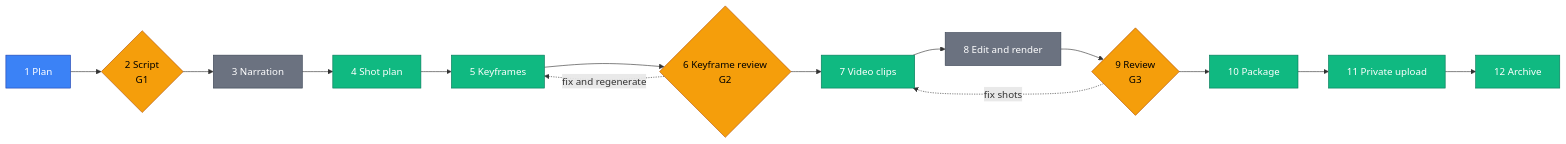
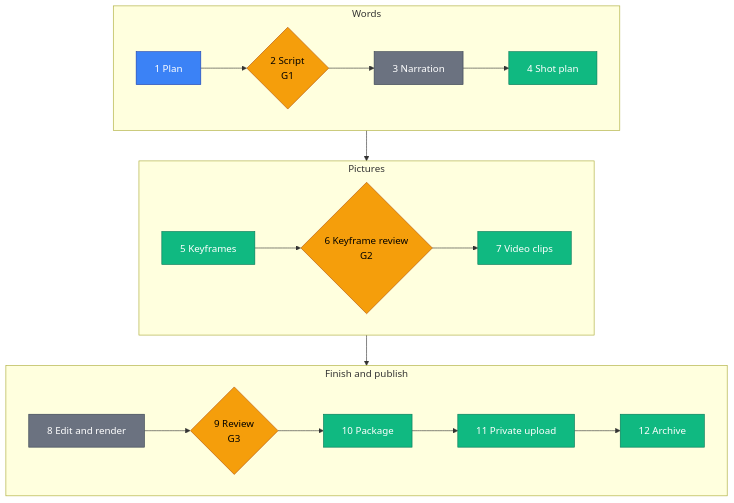
Before and after one commit to ghddudxor12/long-memory-studio-public: the third of 7 diagrams in README.md, drawn with Mermaid. The commit also changed other lines of this file, not shown here.

Commit message:
README: twelve-step diagram in three rows

````diff
--- a/README.md
+++ b/README.md
@@ -86,20 +86,20 @@
 ```mermaid
-flowchart LR
-  P1["1 Plan"]:::you --> P2{"2 Script<br/>G1"}:::gate
-  P2 --> P3["3 Narration"]:::worker
-  P3 --> P4["4 Shot plan"]:::agent
-  P4 --> P5["5 Keyframes"]:::agent
-  P5 --> P6{"6 Keyframe review<br/>G2"}:::gate
-  P6 --> P7["7 Video clips"]:::agent
-  P7 --> P8["8 Edit and render"]:::worker
-  P8 --> P9{"9 Review<br/>G3"}:::gate
-  P9 --> P10["10 Package"]:::agent
-  P10 --> P11["11 Private upload"]:::agent
-  P11 --> P12["12 Archive"]:::agent
-  P6 -. "fix and regenerate" .-> P5
-  P9 -. "fix shots" .-> P7
+flowchart TB
+  subgraph R1["Words"]
+    direction LR
+    P1["1 Plan"]:::you --> P2{"2 Script<br/>G1"}:::gate --> P3["3 Narration"]:::worker --> P4["4 Shot plan"]:::agent
+  end
+  subgraph R2["Pictures"]
+    direction LR
+    P5["5 Keyframes"]:::agent --> P6{"6 Keyframe review<br/>G2"}:::gate --> P7["7 Video clips"]:::agent
+  end
+  subgraph R3["Finish and publish"]
+    direction LR
+    P8["8 Edit and render"]:::worker --> P9{"9 Review<br/>G3"}:::gate --> P10["10 Package"]:::agent --> P11["11 Private upload"]:::agent --> P12["12 Archive"]:::agent
+  end
+  R1 --> R2 --> R3
   classDef you fill:#3b82f6,color:#fff,stroke:#1e40af
   classDef gate fill:#f59e0b,color:#000,stroke:#b45309
   classDef agent fill:#10b981,color:#fff,stroke:#047857
   classDef worker fill:#6b7280,color:#fff,stroke:#374151
 ```
````
